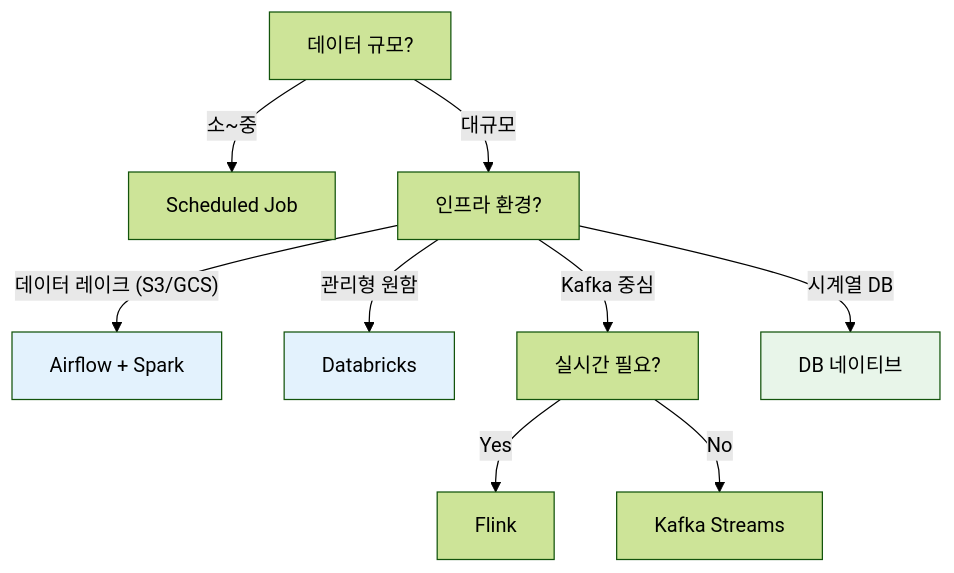
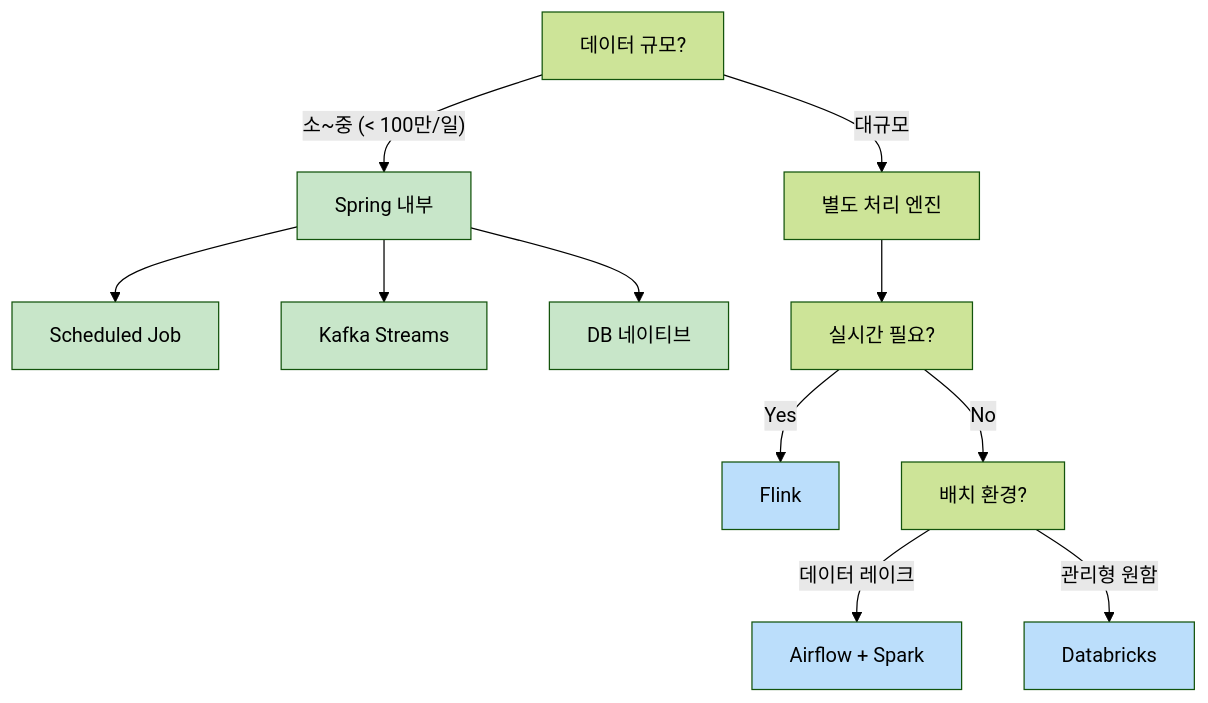
The fourth of 4 diagrams in content/posts/2023-07-20-timeseries-downsampling-strategies.md (Gyeom/dev-notes), drawn with Mermaid (forest theme) before and after one commit. The commit also changed other lines of this file, not shown here.

First line of the commit message:
Refactor: 시계열 다운샘플링 포스트 재구성

````diff
--- a/content/posts/2023-07-20-timeseries-downsampling-strategies.md
+++ b/content/posts/2023-07-20-timeseries-downsampling-strategies.md
@@ -372,17 +330,24 @@
 ```mermaid
 flowchart TD
-    A["데이터 규모?"] -->|소~중| B["Scheduled Job"]
-    A -->|대규모| C["인프라 환경?"]
+    A["데이터 규모?"] -->|"소~중 (< 100만/일)"| B["Spring 내부"]
+    A -->|"대규모"| C["별도 처리 엔진"]
 
-    C -->|"데이터 레이크 (S3/GCS)"| D["Airflow + Spark"]
-    C -->|"관리형 원함"| E["Databricks"]
-    C -->|"Kafka 중심"| F["실시간 필요?"]
-    C -->|"시계열 DB"| G["DB 네이티브"]
+    B --> B1["Scheduled Job"]
+    B --> B2["Kafka Streams"]
+    B --> B3["DB 네이티브"]
 
-    F -->|Yes| H["Flink"]
-    F -->|No| I["Kafka Streams"]
+    C --> D["실시간 필요?"]
+    D -->|Yes| E["Flink"]
+    D -->|No| F["배치 환경?"]
 
-    style D fill:#e3f2fd
-    style E fill:#e3f2fd
-    style G fill:#e8f5e9
+    F -->|"데이터 레이크"| G["Airflow + Spark"]
+    F -->|"관리형 원함"| H["Databricks"]
+
+    style B fill:#c8e6c9
+    style B1 fill:#c8e6c9
+    style B2 fill:#c8e6c9
+    style B3 fill:#c8e6c9
+    style E fill:#bbdefb
+    style G fill:#bbdefb
+    style H fill:#bbdefb
 ```
````
